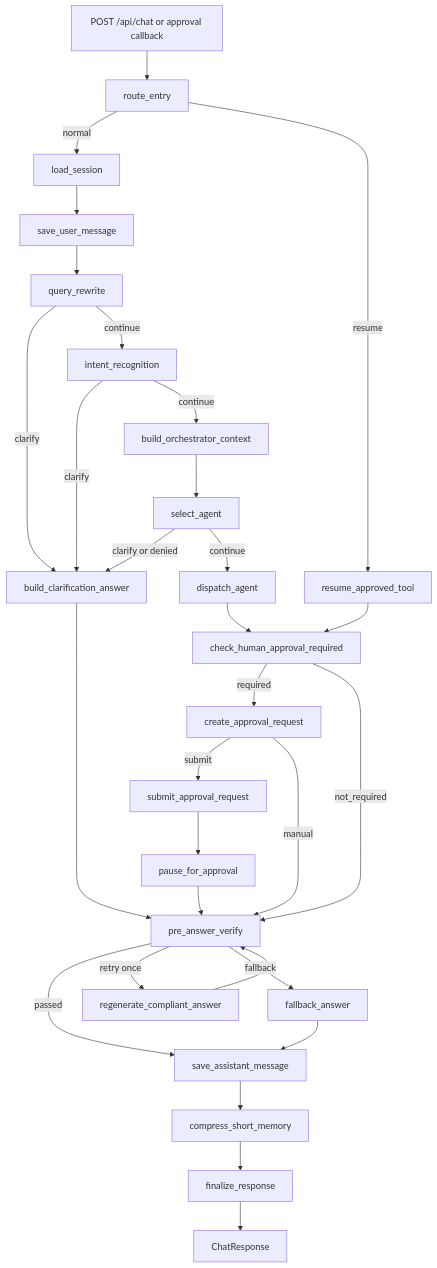
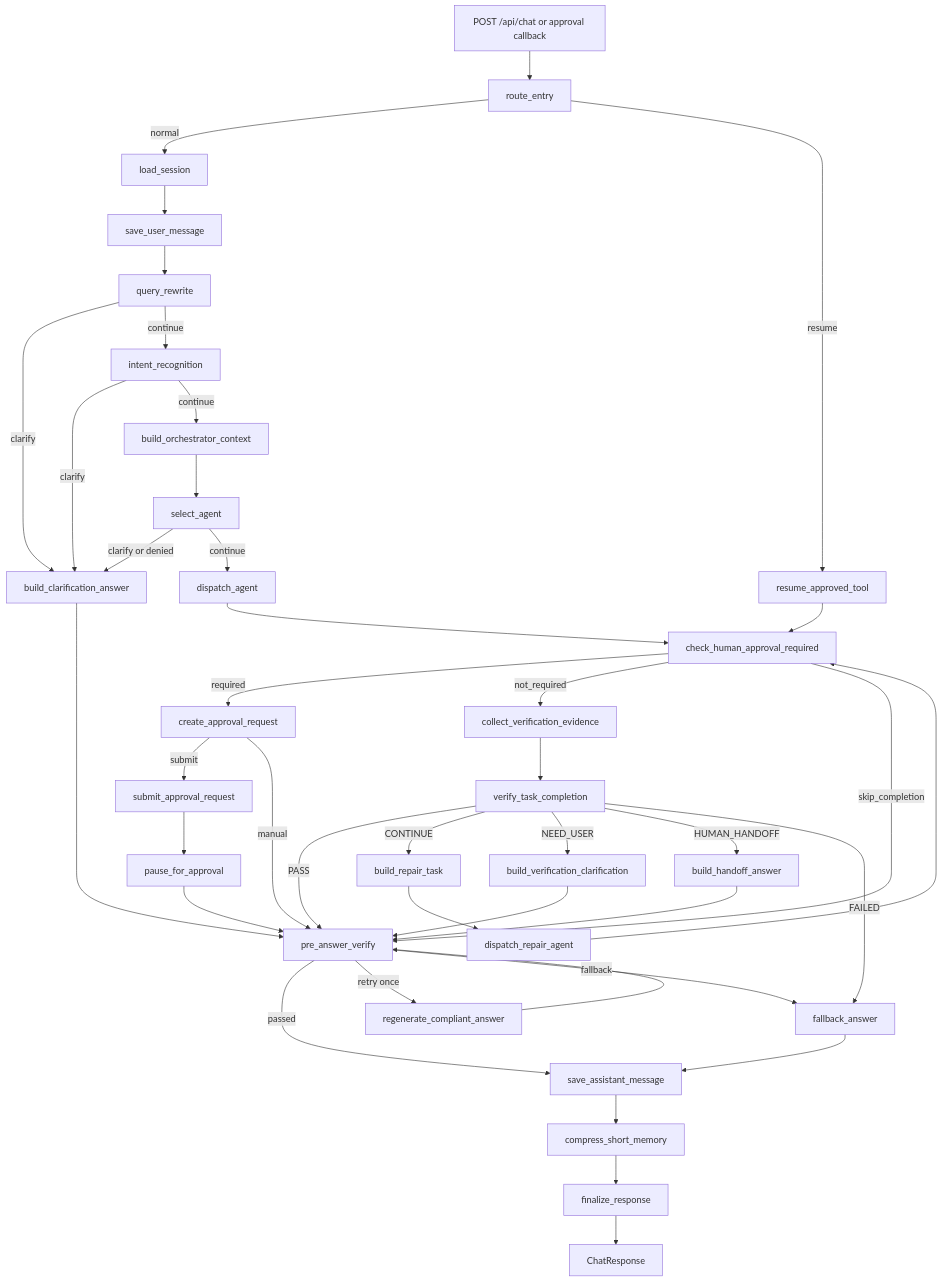
The second of 4 diagrams in agent-development/README.md (Ygj11/multi-agent), drawn with Mermaid before and after one commit. The commit also changed other lines of this file and 91 other files, not shown here.

Commit message:
eval， verify loop， session key lock success， but tool call scheduler paraller  not success

````diff
--- a/agent-development/README.md
+++ b/agent-development/README.md
@@ -163,36 +164,47 @@
 ```mermaid
 flowchart TD
     START["POST /api/chat or approval callback"] --> ENTRY["route_entry"]
     ENTRY -->|normal| LOAD["load_session"]
     ENTRY -->|resume| RESUME["resume_approved_tool"]
 
     LOAD --> SAVE_USER["save_user_message"]
     SAVE_USER --> QR["query_rewrite"]
     QR -->|clarify| CLARIFY["build_clarification_answer"]
     QR -->|continue| INTENT["intent_recognition"]
 
     INTENT -->|clarify| CLARIFY
     INTENT -->|continue| CTX["build_orchestrator_context"]
     CTX --> SELECT["select_agent"]
     SELECT -->|clarify or denied| CLARIFY
     SELECT -->|continue| DISPATCH["dispatch_agent"]
 
     DISPATCH --> APPROVAL_CHECK["check_human_approval_required"]
     RESUME --> APPROVAL_CHECK
     APPROVAL_CHECK -->|required| CREATE_APPROVAL["create_approval_request"]
-    APPROVAL_CHECK -->|not_required| VERIFY["pre_answer_verify"]
+    APPROVAL_CHECK -->|not_required| EVIDENCE["collect_verification_evidence"]
+    APPROVAL_CHECK -->|skip_completion| VERIFY["pre_answer_verify"]
+    EVIDENCE --> TCV["verify_task_completion"]
+    TCV -->|PASS| VERIFY
+    TCV -->|CONTINUE| REPAIR_TASK["build_repair_task"]
+    REPAIR_TASK --> REPAIR_DISPATCH["dispatch_repair_agent"]
+    REPAIR_DISPATCH --> APPROVAL_CHECK
+    TCV -->|NEED_USER| VERIFY_CLARIFY["build_verification_clarification"]
+    TCV -->|HUMAN_HANDOFF| HANDOFF["build_handoff_answer"]
+    TCV -->|FAILED| FALLBACK
+    VERIFY_CLARIFY --> VERIFY
+    HANDOFF --> VERIFY
     CREATE_APPROVAL -->|submit| SUBMIT_APPROVAL["submit_approval_request"]
     CREATE_APPROVAL -->|manual| VERIFY
     SUBMIT_APPROVAL --> PAUSE["pause_for_approval"]
     PAUSE --> VERIFY
     CLARIFY --> VERIFY
 
     VERIFY -->|passed| SAVE_ASSISTANT["save_assistant_message"]
     VERIFY -->|retry once| REPAIR["regenerate_compliant_answer"]
     REPAIR --> VERIFY
     VERIFY -->|fallback| FALLBACK["fallback_answer"]
     FALLBACK --> SAVE_ASSISTANT
     SAVE_ASSISTANT --> MEMORY["compress_short_memory"]
     MEMORY --> FINAL["finalize_response"]
     FINAL --> END["ChatResponse"]
 ```
````
